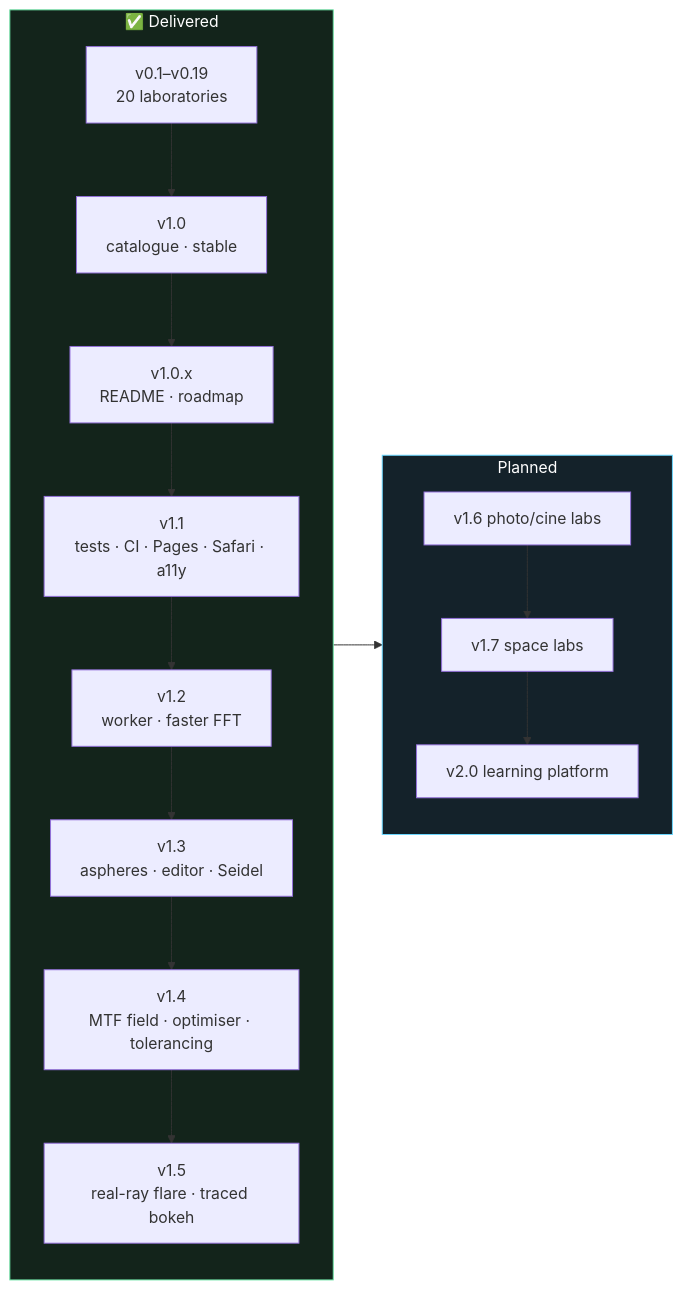
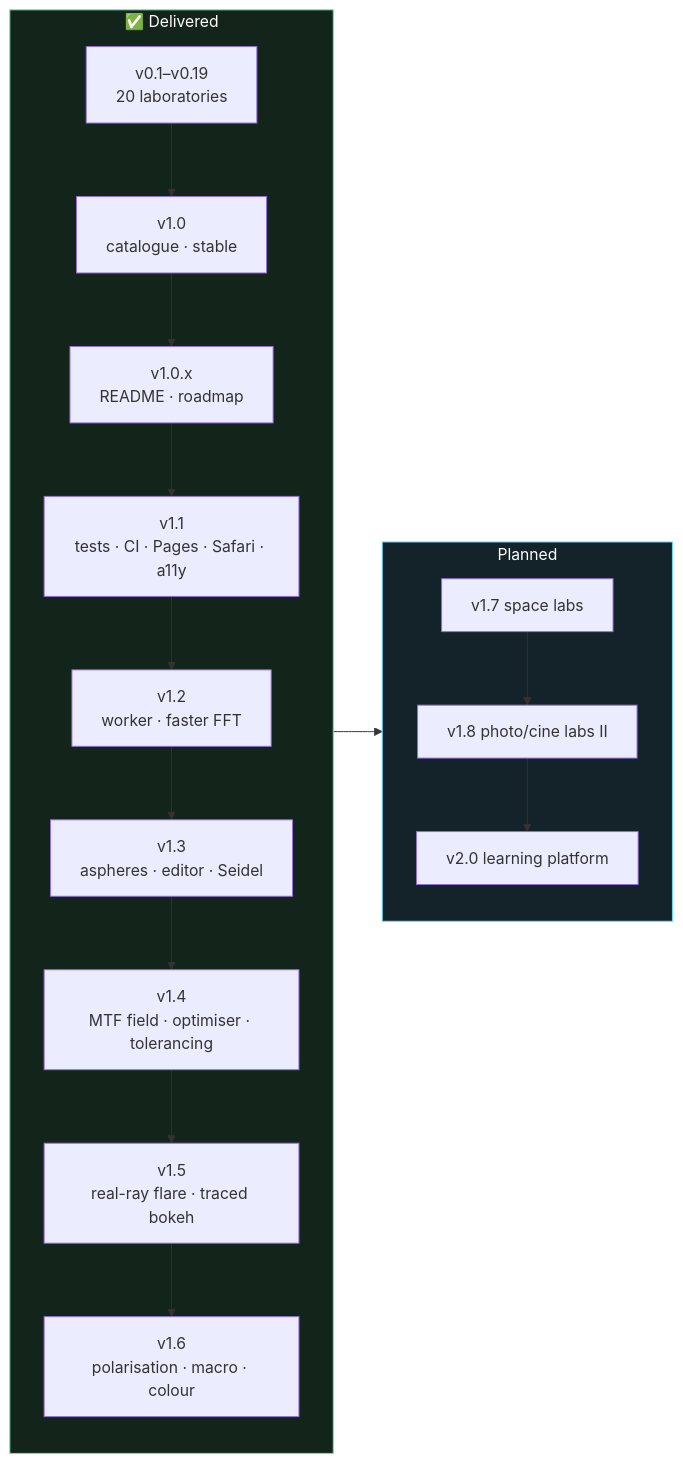
One commit to iiogurt/Optica_Viva changed the diagram in ROADMAP.md. Above: the diagram before and after it, drawn with Mermaid. The commit also changed other lines of this file and 3 other files, not shown here.

Commit message:
docs: complete the v1.6 milestone; move the remaining photo/cine labs to v1.8 (#33)

````diff
--- a/ROADMAP.md
+++ b/ROADMAP.md
@@ -50,14 +51,14 @@
 ```mermaid
 flowchart LR
     subgraph Done["✅ Delivered"]
         direction TB
-        D0["v0.1–v0.19<br/>20 laboratories"] --> D1["v1.0<br/>catalogue · stable"] --> D2["v1.0.x<br/>README · roadmap"] --> D3["v1.1<br/>tests · CI · Pages · Safari · a11y"] --> D4["v1.2<br/>worker · faster FFT"] --> D5["v1.3<br/>aspheres · editor · Seidel"] --> D6["v1.4<br/>MTF field · optimiser · tolerancing"] --> D7["v1.5<br/>real-ray flare · traced bokeh"]
+        D0["v0.1–v0.19<br/>20 laboratories"] --> D1["v1.0<br/>catalogue · stable"] --> D2["v1.0.x<br/>README · roadmap"] --> D3["v1.1<br/>tests · CI · Pages · Safari · a11y"] --> D4["v1.2<br/>worker · faster FFT"] --> D5["v1.3<br/>aspheres · editor · Seidel"] --> D6["v1.4<br/>MTF field · optimiser · tolerancing"] --> D7["v1.5<br/>real-ray flare · traced bokeh"] --> D8["v1.6<br/>polarisation · macro · colour"]
     end
     subgraph Next["Planned"]
         direction TB
-        N5["v1.6 photo/cine labs"] --> N6["v1.7 space labs"] --> N7["v2.0 learning platform"]
+        N6["v1.7 space labs"] --> N8["v1.8 photo/cine labs II"] --> N7["v2.0 learning platform"]
     end
     Done --> Next
     style Done fill:#13241b,stroke:#6be3a4,color:#fff
     style Next fill:#14222a,stroke:#6ad7ff,color:#fff
 ```
````
